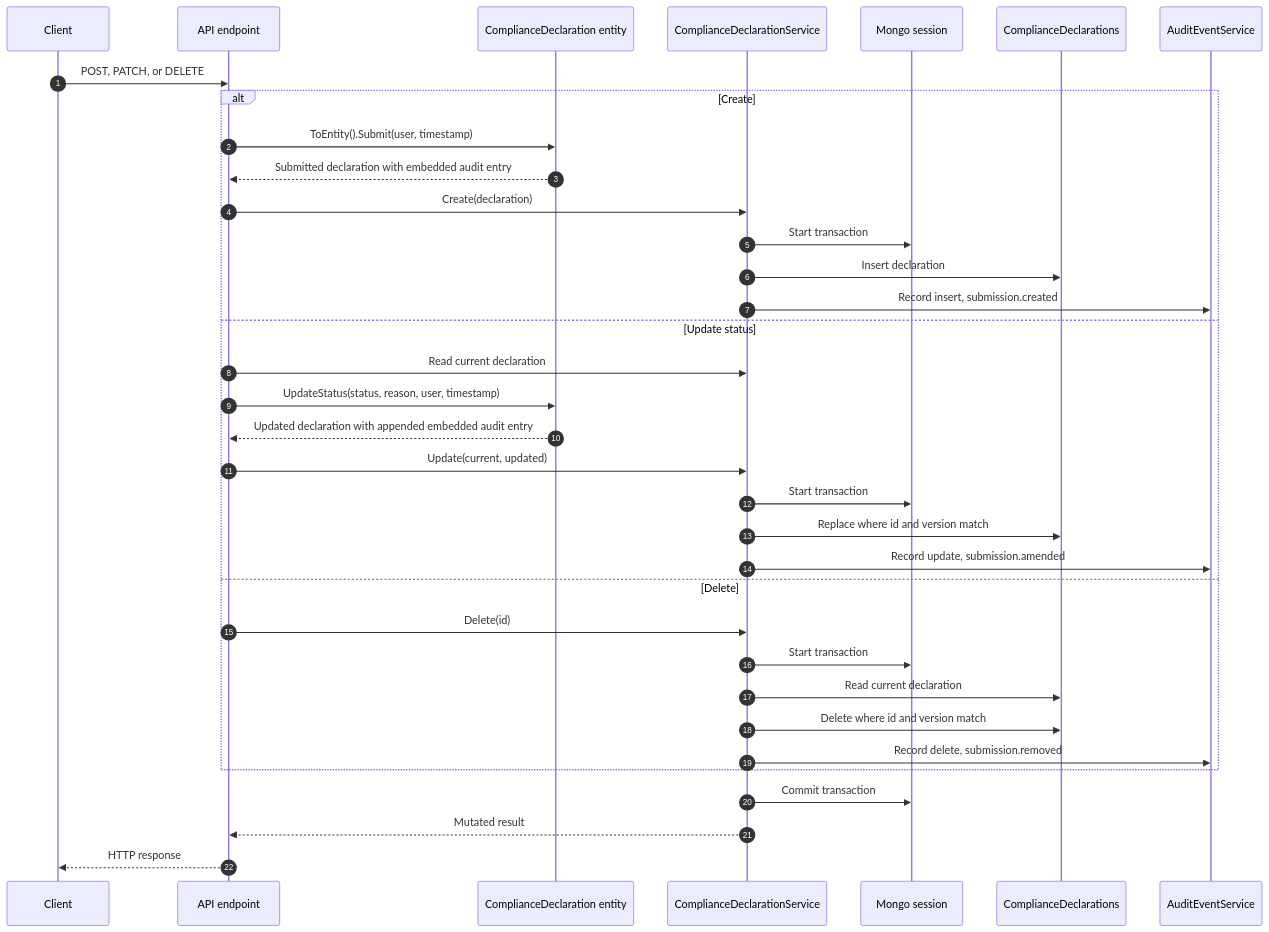
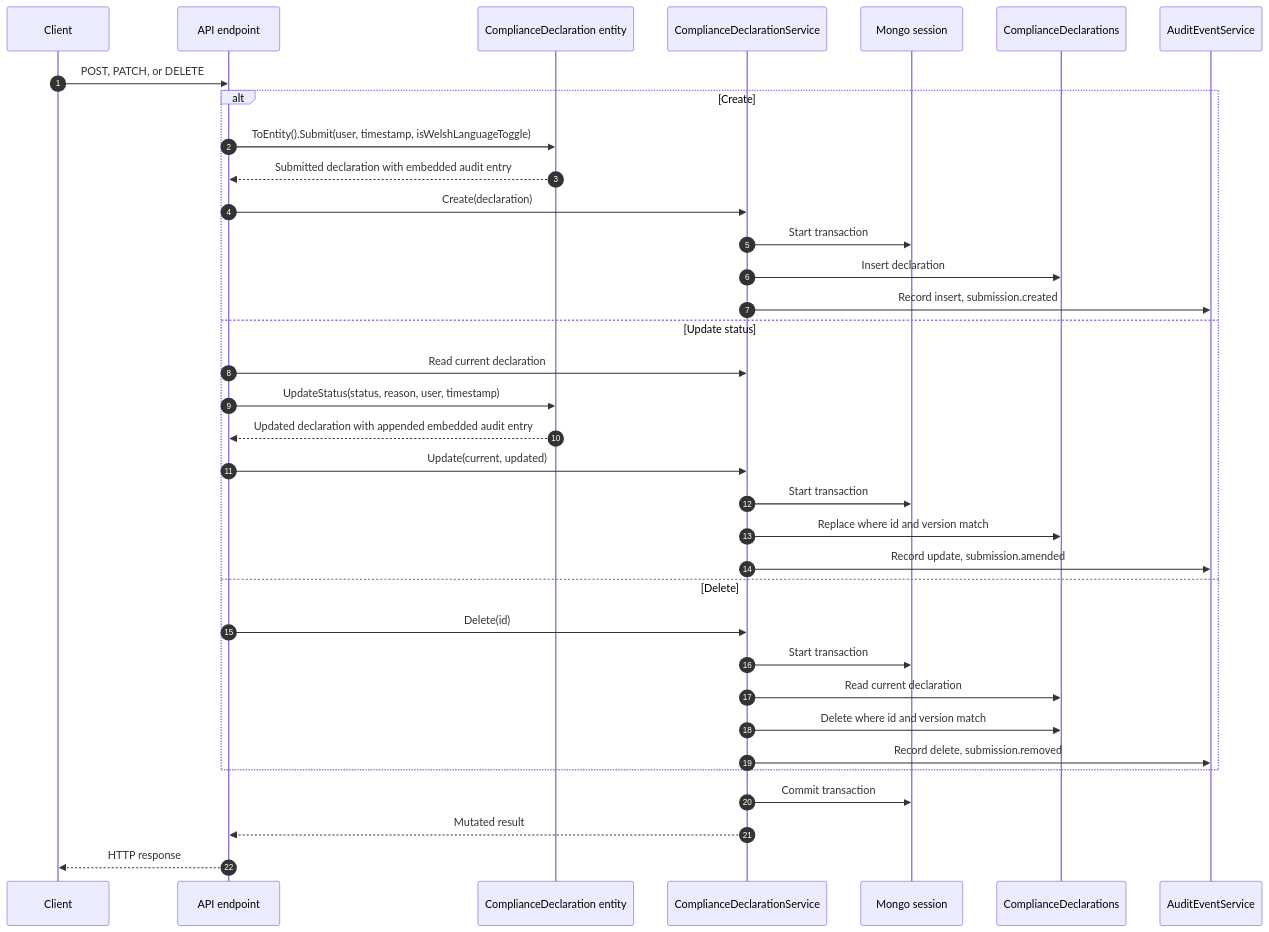
The second of 4 diagrams in docs/compliance-declaration-end-to-end-event-flow.md (DEFRA/waste-obligations), drawn with Mermaid before and after one commit. The commit also changed 28 other files, not shown here.

Commit message:
MO-337: save isWelshLanguageToggle in compliance

````diff
--- a/docs/compliance-declaration-end-to-end-event-flow.md
+++ b/docs/compliance-declaration-end-to-end-event-flow.md
@@ -38,40 +38,40 @@
 ```mermaid
 sequenceDiagram
     autonumber
     participant Client
     participant Endpoint as API endpoint
     participant Entity as ComplianceDeclaration entity
     participant Service as ComplianceDeclarationService
     participant Mongo as Mongo session
     participant Declarations as ComplianceDeclarations
     participant Audit as AuditEventService
 
     Client->>Endpoint: POST, PATCH, or DELETE
 
     alt Create
-        Endpoint->>Entity: ToEntity().Submit(user, timestamp)
+        Endpoint->>Entity: ToEntity().Submit(user, timestamp, isWelshLanguageToggle)
         Entity-->>Endpoint: Submitted declaration with embedded audit entry
         Endpoint->>Service: Create(declaration)
         Service->>Mongo: Start transaction
         Service->>Declarations: Insert declaration
         Service->>Audit: Record insert, submission.created
     else Update status
         Endpoint->>Service: Read current declaration
         Endpoint->>Entity: UpdateStatus(status, reason, user, timestamp)
         Entity-->>Endpoint: Updated declaration with appended embedded audit entry
         Endpoint->>Service: Update(current, updated)
         Service->>Mongo: Start transaction
         Service->>Declarations: Replace where id and version match
         Service->>Audit: Record update, submission.amended
     else Delete
         Endpoint->>Service: Delete(id)
         Service->>Mongo: Start transaction
         Service->>Declarations: Read current declaration
         Service->>Declarations: Delete where id and version match
         Service->>Audit: Record delete, submission.removed
     end
 
     Service->>Mongo: Commit transaction
     Service-->>Endpoint: Mutated result
     Endpoint-->>Client: HTTP response
 ```
````
